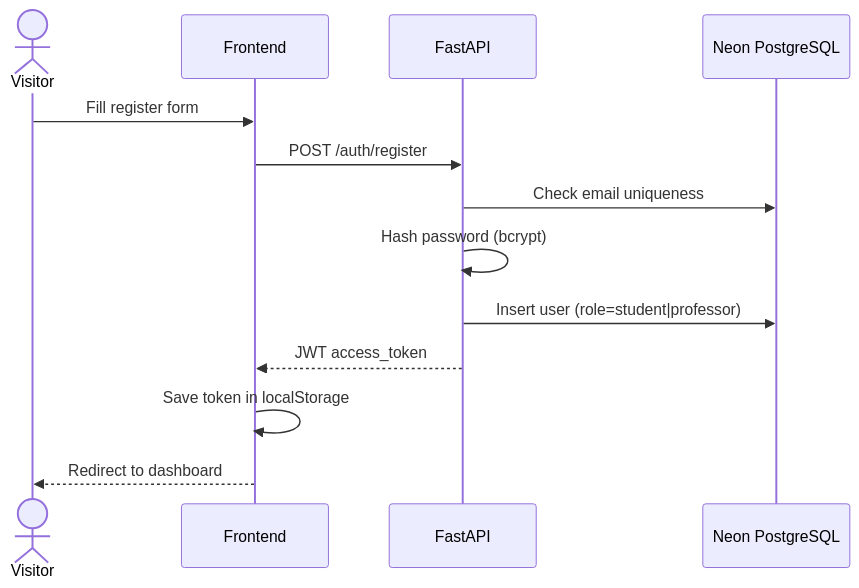
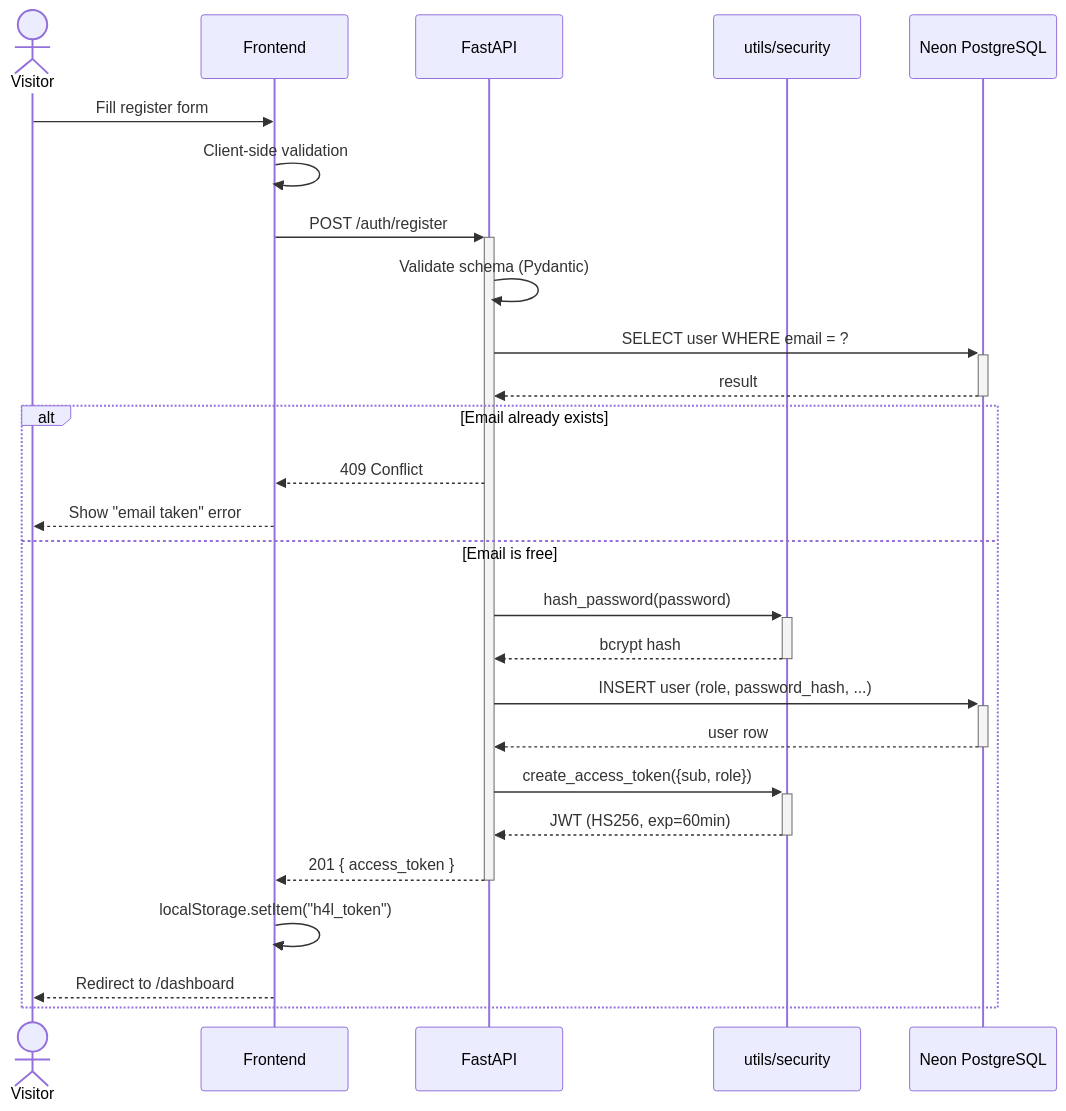
Before and after one commit to yazidha09/Hub4Learners: the fourth of 5 diagrams in docs/sprints/SPRINT_1.md, drawn with Mermaid. The commit also changed other lines of this file and 5 other files, not shown here.

````diff
--- a/docs/sprints/SPRINT_1.md
+++ b/docs/sprints/SPRINT_1.md
@@ -89,16 +89,29 @@
 ```mermaid
 sequenceDiagram
     actor Visitor
     participant Frontend
     participant API as FastAPI
+    participant Sec as utils/security
     participant DB as Neon PostgreSQL
 
     Visitor->>Frontend: Fill register form
-    Frontend->>API: POST /auth/register
-    API->>DB: Check email uniqueness
-    API->>API: Hash password (bcrypt)
-    API->>DB: Insert user (role=student|professor)
-    API-->>Frontend: JWT access_token
-    Frontend->>Frontend: Save token in localStorage
-    Frontend-->>Visitor: Redirect to dashboard
+    Frontend->>Frontend: Client-side validation
+    Frontend->>+API: POST /auth/register
+    API->>API: Validate schema (Pydantic)
+    API->>+DB: SELECT user WHERE email = ?
+    DB-->>-API: result
+    alt Email already exists
+        API-->>Frontend: 409 Conflict
+        Frontend-->>Visitor: Show "email taken" error
+    else Email is free
+        API->>+Sec: hash_password(password)
+        Sec-->>-API: bcrypt hash
+        API->>+DB: INSERT user (role, password_hash, ...)
+        DB-->>-API: user row
+        API->>+Sec: create_access_token({sub, role})
+        Sec-->>-API: JWT (HS256, exp=60min)
+        API-->>-Frontend: 201 { access_token }
+        Frontend->>Frontend: localStorage.setItem("h4l_token")
+        Frontend-->>Visitor: Redirect to /dashboard
+    end
 ```
````
